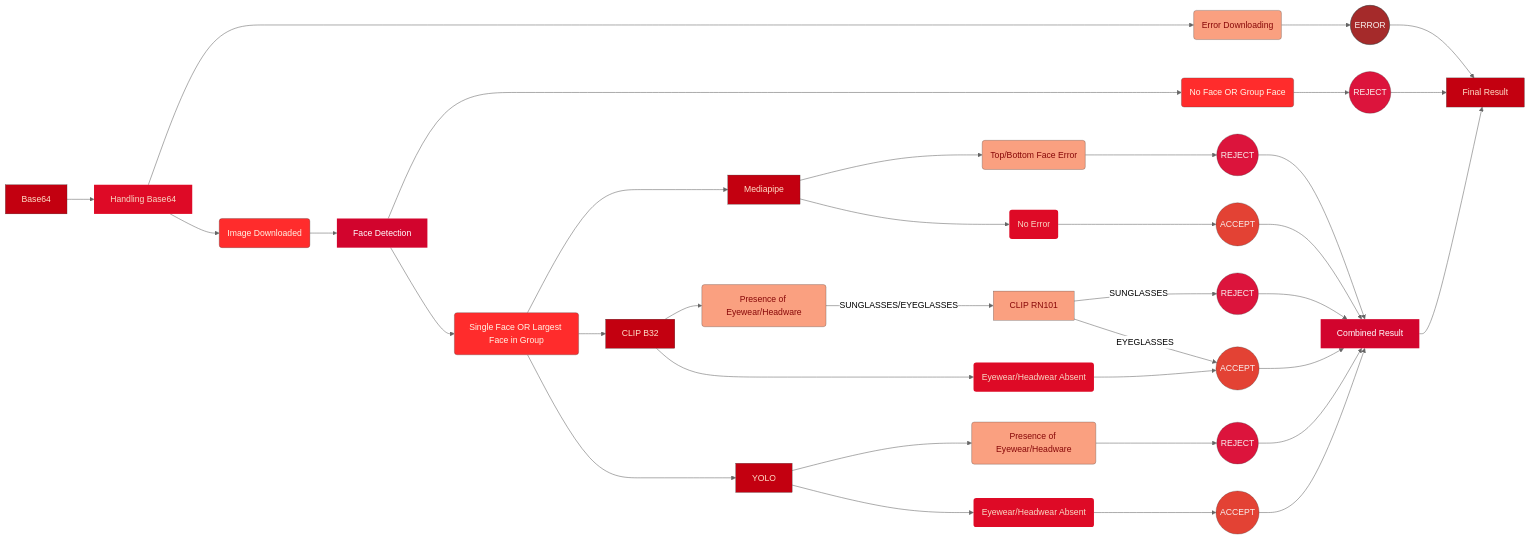
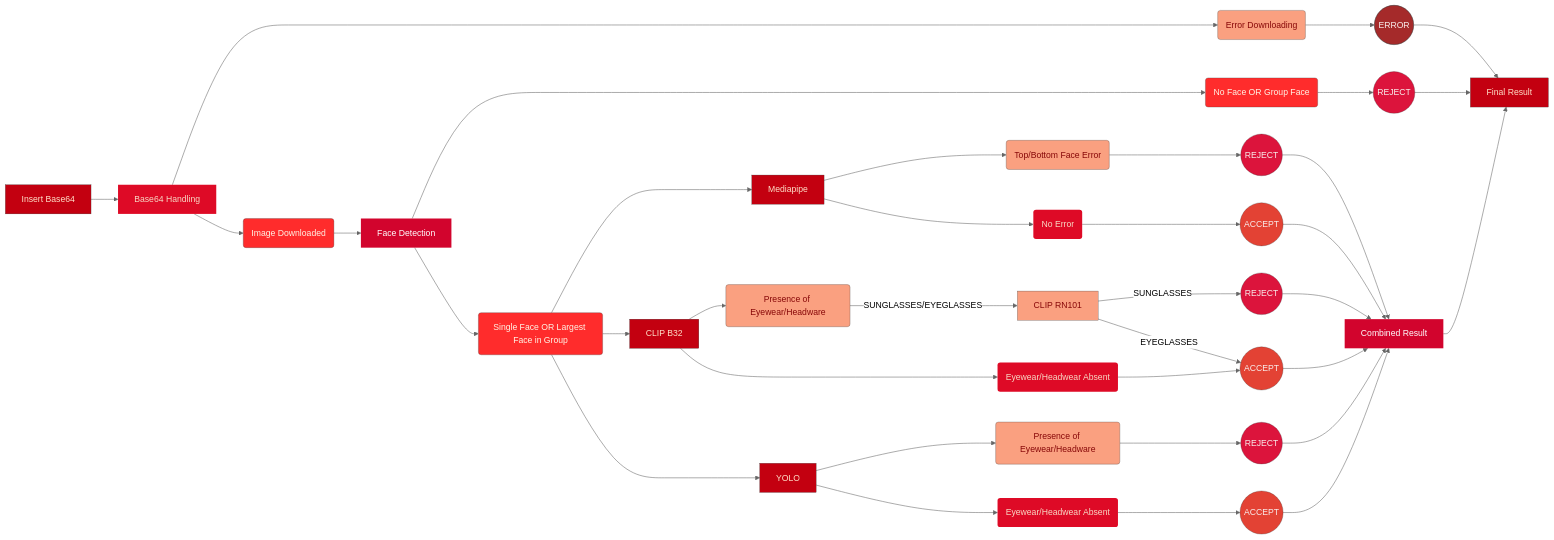
Before and after one commit to AbhigyanSen/ABP: the diagram in ProfileModeration/Version9/readme.md, drawn with Mermaid (neutral theme). The commit also changed other lines of this file, not shown here.

````diff
--- a/ProfileModeration/Version9/readme.md
+++ b/ProfileModeration/Version9/readme.md
@@ -28,59 +28,59 @@
 ```mermaid
 graph LR
-A[Base64] --> B[Handling Base64]
+A[Insert Base64] --> B[Base64 Handling]
 B --> BA(Image Downloaded) & BB(Error Downloading)
 BB --> BC((ERROR)) --> H
 BA --> C[Face Detection]
 C --> CA(No Face OR Group Face) & CB(Single Face OR Largest Face in Group)
 CA --> CC((REJECT)) --> H
 CB --> D[Mediapipe]
 D --> DA(Top/Bottom Face Error) & DB(No Error)
 DA --> DC((REJECT)) --> G
 DB --> DD((ACCEPT)) --> G
 CB --> E[CLIP B32]
 E --> EA(Presence of Eyewear/Headware) & EB(Eyewear/Headwear Absent)
 EA -- SUNGLASSES/EYEGLASSES --> EE[CLIP RN101] 
 EC((REJECT))
 EE -- SUNGLASSES --> EC --> G
 EE -- EYEGLASSES --> ED
 EB --> ED((ACCEPT)) --> G
 CB --> F[YOLO]
 F --> FA(Presence of Eyewear/Headware) & FB(Eyewear/Headwear Absent)
 FA --> FC((REJECT)) --> G
 FB --> FD((ACCEPT)) --> G
 G[Combined Result] --> H
 H[Final Result]
 
 style A fill:#c30010,stroke:#333,stroke-width:0.5px,color:#FFDFC8
 style D fill:#c30010,stroke:#333,stroke-width:0.5px,color:#FFDFC8
 style E fill:#c30010,stroke:#333,stroke-width:0.5px,color:#FFDFC8
 style F fill:#c30010,stroke:#333,stroke-width:0.5px,color:#FFDFC8
 style H fill:#c30010,stroke:#333,stroke-width:0.5px,color:#FFDFC8
 
 style B fill:#de0a26,stroke:#333,stroke-width:0px,color:#F7D9C4
 style BB fill:#FAA080,stroke:#333,stroke-width:0.5px,color:#880808
 style DA fill:#FAA080,stroke:#333,stroke-width:0.5px,color:#880808
 style DB fill:#de0a26,stroke:#333,stroke-width:0px,color:#F7D9C4
 style EA fill:#FAA080,stroke:#333,stroke-width:0.5px,color:#880808
 style EE fill:#FAA080,stroke:#333,stroke-width:0.5px,color:#880808
 style EB fill:#de0a26,stroke:#333,stroke-width:0px,color:#F7D9C4
 style FA fill:#FAA080,stroke:#333,stroke-width:0.5px,color:#880808
 style FB fill:#de0a26,stroke:#333,stroke-width:0px,color:#F7D9C4
 
 style G fill:#D2042D,stroke:#333,stroke-width:0px,color:#FFFFFF
 style C fill:#D2042D,stroke:#333,stroke-width:0px,color:#FFFFFF
 
 style BC fill:#A52A2A,stroke:#333,stroke-width:1px,color:#F8EDEB
 style CC fill:#DC143C,stroke:#333,stroke-width:0.5px,color:#F8EDEB
 style DC fill:#DC143C,stroke:#333,stroke-width:0.5px,color:#F8EDEB
 style EC fill:#DC143C,stroke:#333,stroke-width:0.5px,color:#F8EDEB
 style FC fill:#DC143C,stroke:#333,stroke-width:0.5px,color:#F8EDEB
 
 style FD fill:#E34234,stroke:#333,stroke-width:0.5px,color:#F8EDEB
 style ED fill:#E34234,stroke:#333,stroke-width:0.5px,color:#F8EDEB
 style DD fill:#E34234,stroke:#333,stroke-width:0.5px,color:#F8EDEB
 
 style BA fill:#ff2c2c,stroke:#333,stroke-width:0.5px,color:#fff4e6
 style CB fill:#ff2c2c,stroke:#333,stroke-width:0.5px,color:#fff4e6
 style CA fill:#ff2c2c,stroke:#333,stroke-width:0.5px,color:#fff4e6
 ```
````
